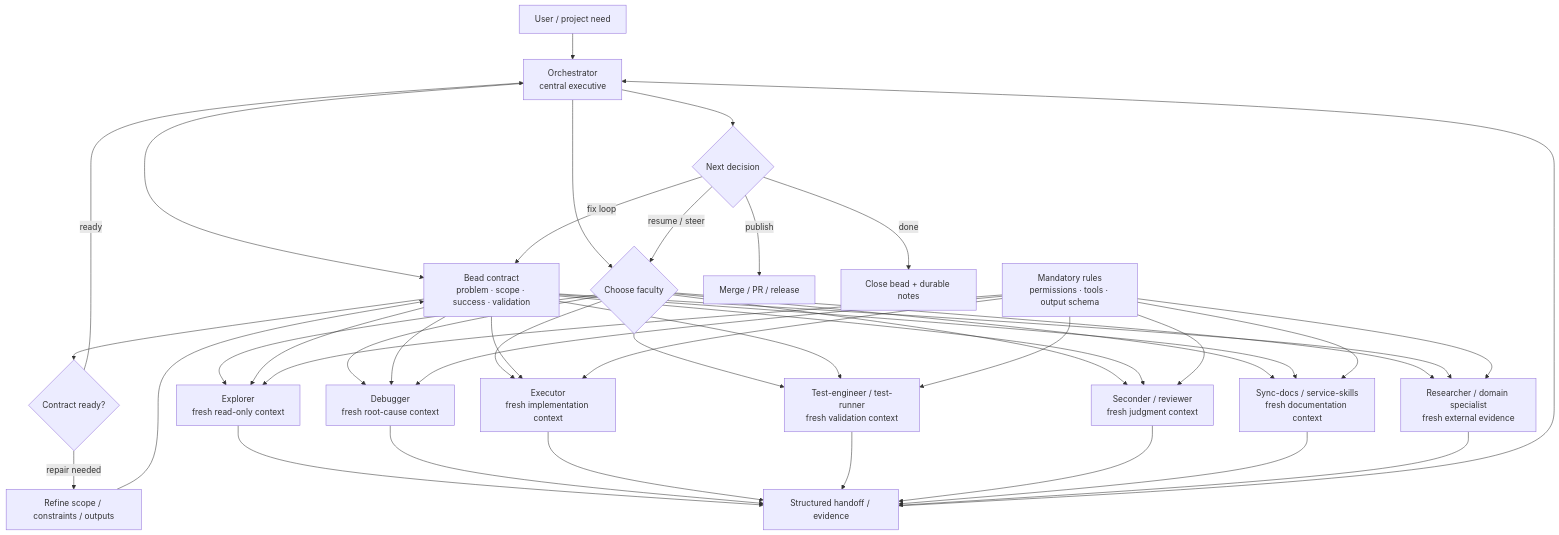
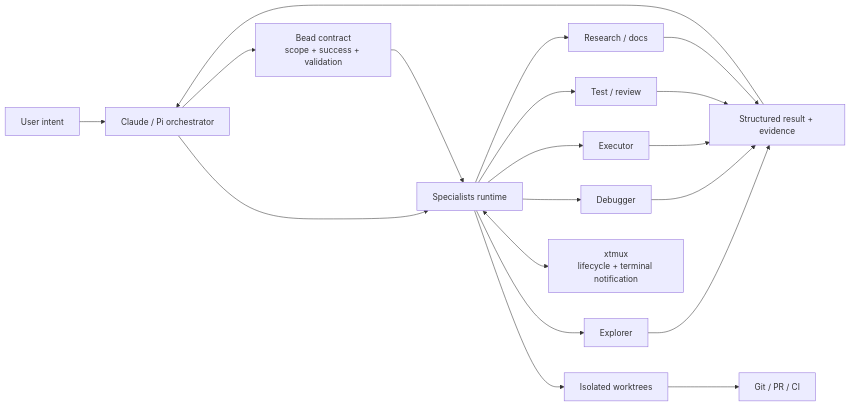
One commit to Jaggerxtrm/specialists changed the first of 3 diagrams in README.md. Above: the diagram before and after it, drawn with Mermaid. The commit also changed other lines of this file, not shown here.

Commit message:
docs(readme): present Specialists as the bounded cognitive runtime

````diff
--- a/README.md
+++ b/README.md
@@ -73,49 +28,24 @@
 ```mermaid
-flowchart TD
-  U[User / project need] --> O[Orchestrator\ncentral executive]
-  O --> B[Bead contract\nproblem · scope · success · validation]
-  B --> Check{Contract ready?}
-  Check -->|repair needed| Refine[Refine scope / constraints / outputs]
-  Refine --> B
-  Check -->|ready| O
+flowchart LR
+    U[User intent] --> O[Claude / Pi orchestrator]
+    O --> B[Bead contract<br/>scope + success + validation]
+    O --> S[Specialists runtime]
 
-  O --> Choose{Choose faculty}
-  Choose --> E[Explorer\nfresh read-only context]
-  Choose --> D[Debugger\nfresh root-cause context]
-  Choose --> X[Executor\nfresh implementation context]
-  Choose --> QA[Test-engineer / test-runner\nfresh validation context]
-  Choose --> R[Seconder / reviewer\nfresh judgment context]
-  Choose --> Docs[Sync-docs / service-skills\nfresh documentation context]
-  Choose --> Research[Researcher / domain specialist\nfresh external evidence]
+    S --> E[Explorer]
+    S --> D[Debugger]
+    S --> X[Executor]
+    S --> T[Test / review]
+    S --> R[Research / docs]
 
-  B --> E
-  B --> D
-  B --> X
-  B --> QA
-  B --> R
-  B --> Docs
-  B --> Research
+    E --> H[Structured result + evidence]
+    D --> H
+    X --> H
+    T --> H
+    R --> H
 
-  Rules[Mandatory rules\npermissions · tools · output schema] --> E
-  Rules --> D
-  Rules --> X
-  Rules --> QA
-  Rules --> R
-  Rules --> Docs
-  Rules --> Research
-
-  E --> H[Structured handoff / evidence]
-  D --> H
-  X --> H
-  QA --> H
-  R --> H
-  Docs --> H
-  Research --> H
-
-  H --> O
-  O --> Decision{Next decision}
-  Decision -->|resume / steer| Choose
-  Decision -->|fix loop| B
-  Decision -->|publish| Merge[Merge / PR / release]
-  Decision -->|done| Close[Close bead + durable notes]
+    H --> O
+    S <--> M[xtmux<br/>lifecycle + terminal notification]
+    S --> W[Isolated worktrees]
+    W --> G[Git / PR / CI]
+    B --> S
 ```
````
